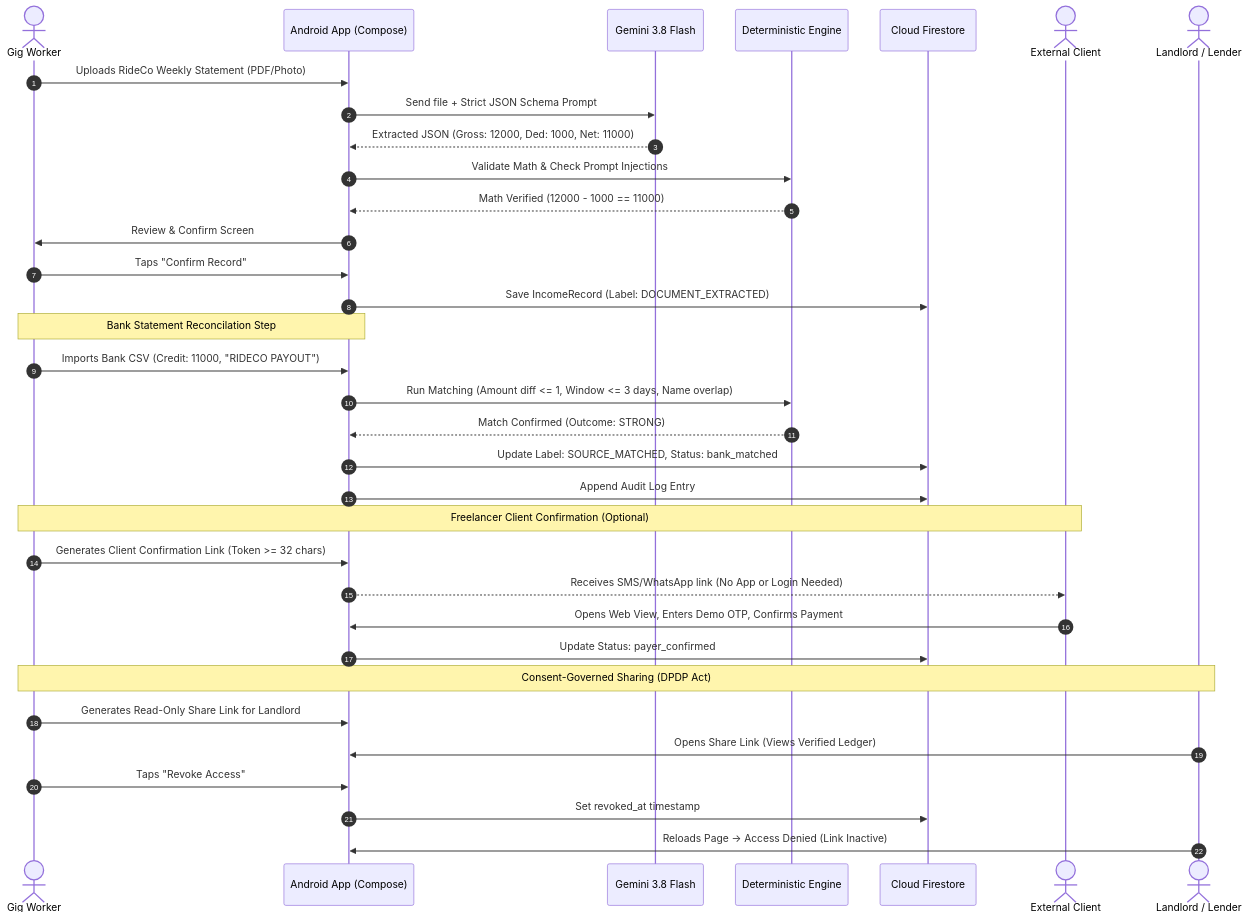
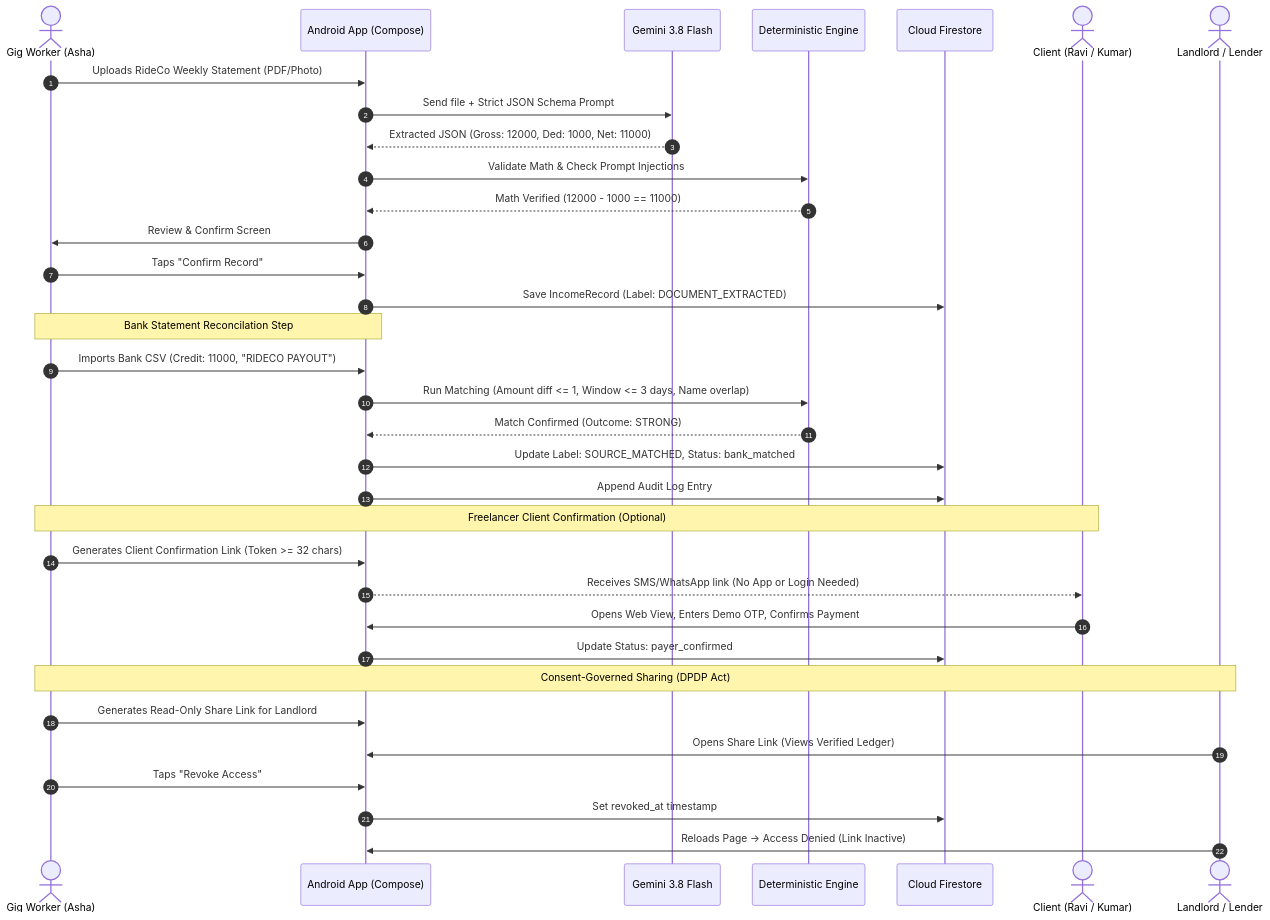
One commit to MRehan516/Earnings-and-Work-Passport- changed the second of 2 diagrams in README.md. Above: the diagram before and after it, drawn with Mermaid. The commit also changed other lines of this file, not shown here.

````diff
--- a/README.md
+++ b/README.md
@@ -102,40 +124,40 @@
 ```mermaid
 sequenceDiagram
     autonumber
-    actor Worker as Gig Worker
+    actor Worker as Gig Worker (Asha)
     participant Mobile as Android App (Compose)
     participant Gemini as Gemini 3.8 Flash
     participant Rules as Deterministic Engine
     participant DB as Cloud Firestore
-    actor Client as External Client
+    actor Client as Client (Ravi / Kumar)
     actor Reviewer as Landlord / Lender
 
     Worker->>Mobile: Uploads RideCo Weekly Statement (PDF/Photo)
     Mobile->>Gemini: Send file + Strict JSON Schema Prompt
     Gemini-->>Mobile: Extracted JSON (Gross: 12000, Ded: 1000, Net: 11000)
     Mobile->>Rules: Validate Math & Check Prompt Injections
     Rules-->>Mobile: Math Verified (12000 - 1000 == 11000)
     Mobile->>Worker: Review & Confirm Screen
     Worker->>Mobile: Taps "Confirm Record"
     Mobile->>DB: Save IncomeRecord (Label: DOCUMENT_EXTRACTED)
     
     Note over Worker,Mobile: Bank Statement Reconcilation Step
     Worker->>Mobile: Imports Bank CSV (Credit: 11000, "RIDECO PAYOUT")
     Mobile->>Rules: Run Matching (Amount diff <= 1, Window <= 3 days, Name overlap)
     Rules-->>Mobile: Match Confirmed (Outcome: STRONG)
     Mobile->>DB: Update Label: SOURCE_MATCHED, Status: bank_matched
     Mobile->>DB: Append Audit Log Entry
 
     Note over Worker,Client: Freelancer Client Confirmation (Optional)
     Worker->>Mobile: Generates Client Confirmation Link (Token >= 32 chars)
     Mobile-->>Client: Receives SMS/WhatsApp link (No App or Login Needed)
     Client->>Mobile: Opens Web View, Enters Demo OTP, Confirms Payment
     Mobile->>DB: Update Status: payer_confirmed
 
     Note over Worker,Reviewer: Consent-Governed Sharing (DPDP Act)
     Worker->>Mobile: Generates Read-Only Share Link for Landlord
     Reviewer->>Mobile: Opens Share Link (Views Verified Ledger)
     Worker->>Mobile: Taps "Revoke Access"
     Mobile->>DB: Set revoked_at timestamp
     Reviewer->>Mobile: Reloads Page -> Access Denied (Link Inactive)
 ```
````
